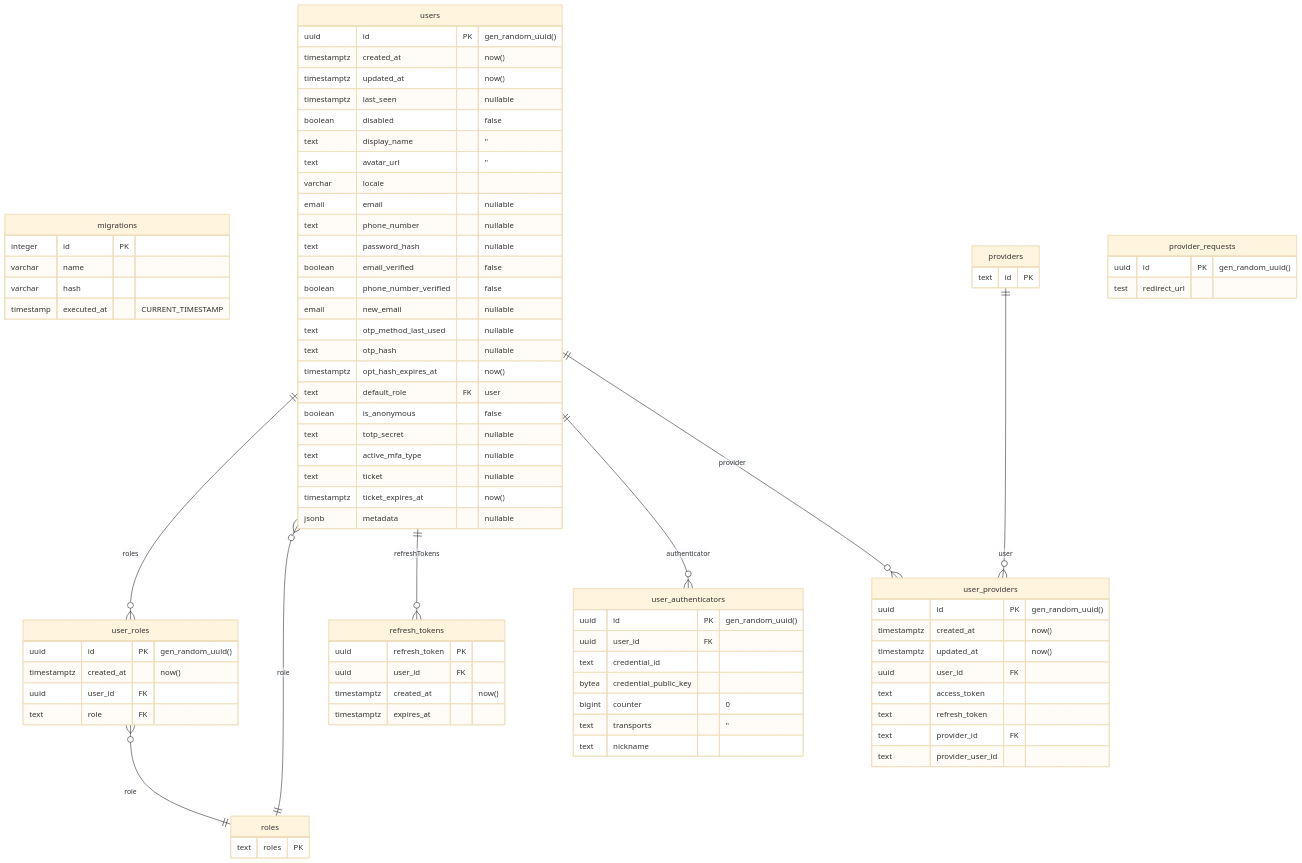
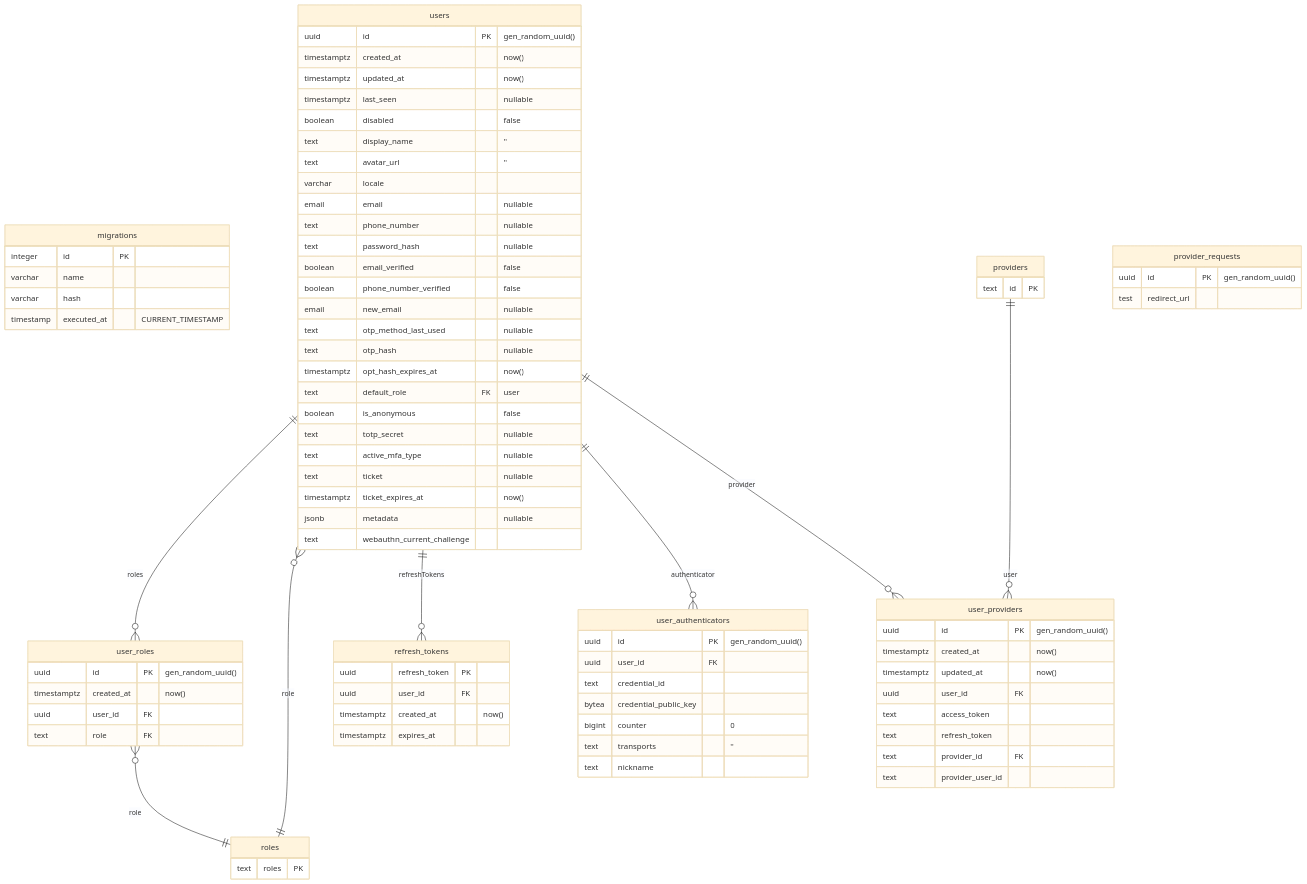
Before and after one commit to nhost/nhost: the diagram in docs/schema.md, drawn with Mermaid (base theme). The commit also changed 10 other files, not shown here.

```diff
--- a/docs/schema.md
+++ b/docs/schema.md
@@ -88,6 +88,7 @@
     text ticket "nullable"
     timestamptz ticket_expires_at "now()"
     jsonb metadata "nullable"
+    text webauthn_current_challenge
 }
 
 roles {
```
